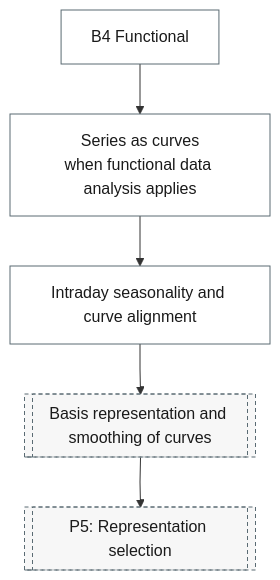
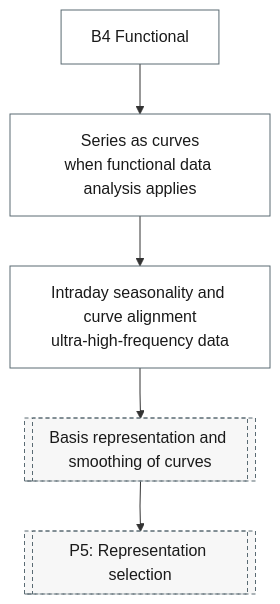
The diagram in docs/reference/14-functional-high-frequency/index.md (Shuxin-Y/time-series-analysis-manual), drawn with Mermaid before and after one commit. The commit also changed other lines of this file and 19 other files, not shown here.

````diff
--- a/docs/reference/14-functional-high-frequency/index.md
+++ b/docs/reference/14-functional-high-frequency/index.md
@@ -7,18 +7,18 @@
 ```mermaid
 %%{init: {"flowchart": {"curve": "linear"}}}%%
 graph TD
     B4["B4 Functional"] --> B4_CURVES["Series as curves<br/>when functional data analysis applies"]
-    B4_CURVES --> B4_INTRADAY["Intraday seasonality and curve alignment"]
+    B4_CURVES --> B4_INTRADAY["Intraday seasonality and curve alignment<br/>ultra-high-frequency data"]
     B4_INTRADAY --> P5_FN_BASIS[["Basis representation and smoothing of curves"]]
     P5_FN_BASIS --> P5[["P5: Representation selection"]]
     class B4,B4_CURVES,B4_INTRADAY process
     class P5_FN_BASIS,P5 ref
     classDef terminator fill:#E6F2F7,stroke:#007BA7,color:#1A1A1A;
     classDef process fill:#FFFFFF,stroke:#5A6B73,color:#1A1A1A;
     classDef decision fill:#EFE7F0,stroke:#9B7FA7,color:#1A1A1A;
     classDef data fill:#FFF4E0,stroke:#C9A55E,color:#1A1A1A;
     classDef good fill:#DCEFD8,stroke:#4A7A3F,color:#1A1A1A;
     classDef escalate fill:#FFE9C2,stroke:#C9A55E,color:#1A1A1A;
     classDef problem fill:#F2D9DE,stroke:#800020,color:#1A1A1A;
     classDef ref fill:#F7F7F7,stroke:#5A6B73,color:#1A1A1A,stroke-dasharray:4 3;
 ```
````
